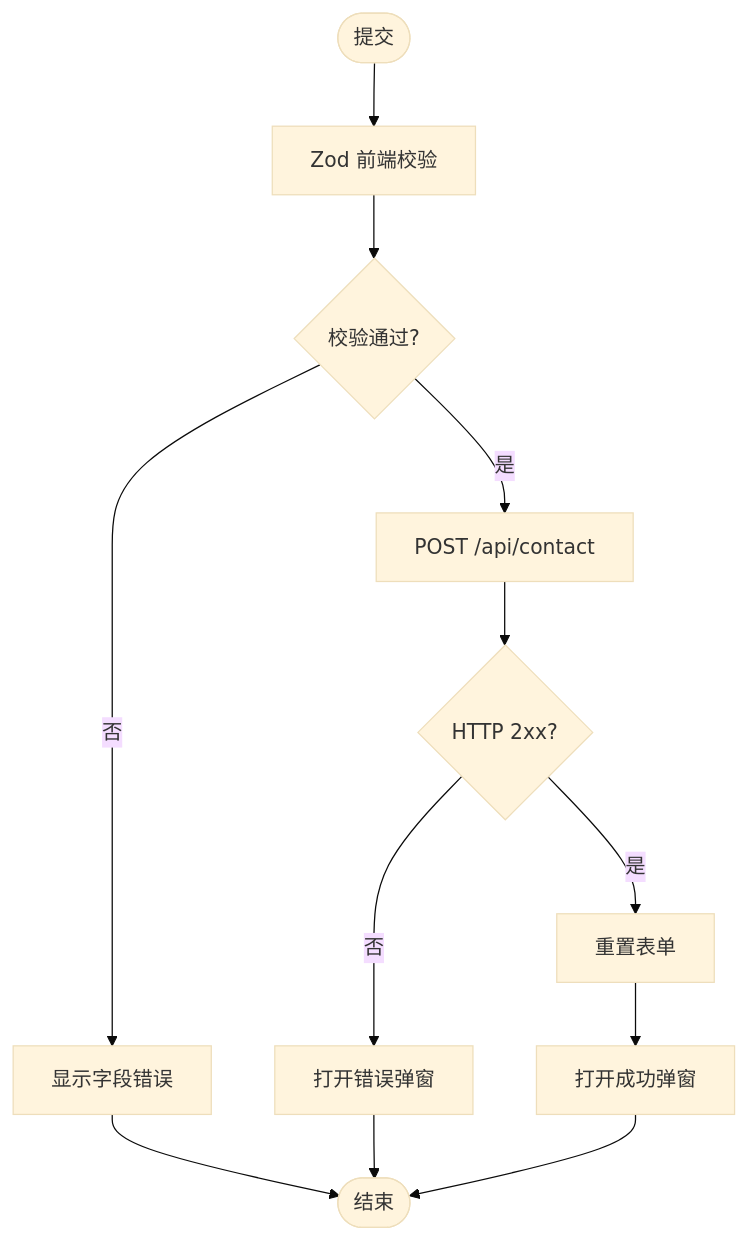
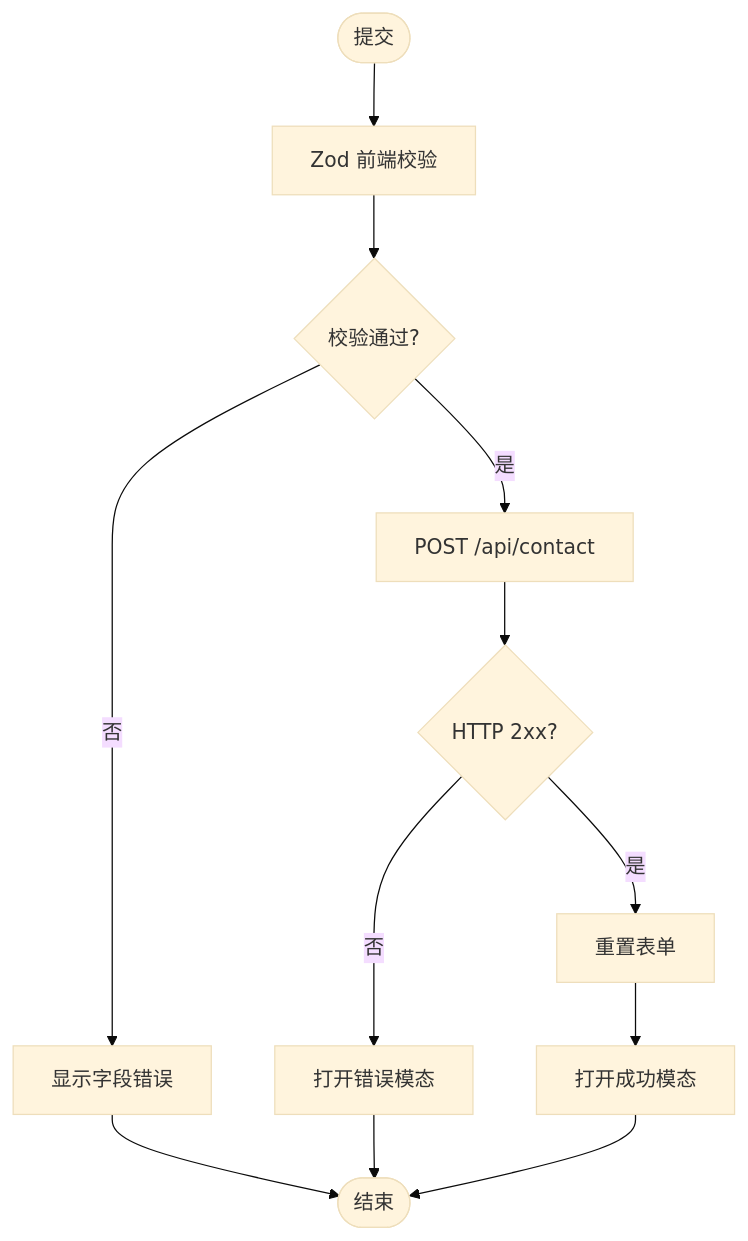
The third of 5 diagrams in .qoder/repowiki/zh/content/核心功能模块/联系表单系统.md (florianjsun/next-portfolio), drawn with Mermaid (base theme) before and after one commit. The commit also changed other lines of this file and 49 other files, not shown here.

````diff
--- a/.qoder/repowiki/zh/content/核心功能模块/联系表单系统.md
+++ b/.qoder/repowiki/zh/content/核心功能模块/联系表单系统.md
@@ -114,14 +130,14 @@
 ```mermaid
 flowchart TD
 Start(["提交"]) --> Validate["Zod 前端校验"]
 Validate --> Valid{"校验通过?"}
 Valid -- 否 --> ShowErr["显示字段错误"]
 Valid -- 是 --> PostAPI["POST /api/contact"]
 PostAPI --> RespOK{"HTTP 2xx?"}
-RespOK -- 否 --> ErrModal["打开错误弹窗"]
+RespOK -- 否 --> ErrModal["打开错误模态"]
 RespOK -- 是 --> Reset["重置表单"]
-Reset --> SuccessModal["打开成功弹窗"]
+Reset --> SuccessModal["打开成功模态"]
 ShowErr --> End(["结束"])
 ErrModal --> End
 SuccessModal --> End
 ```
````
